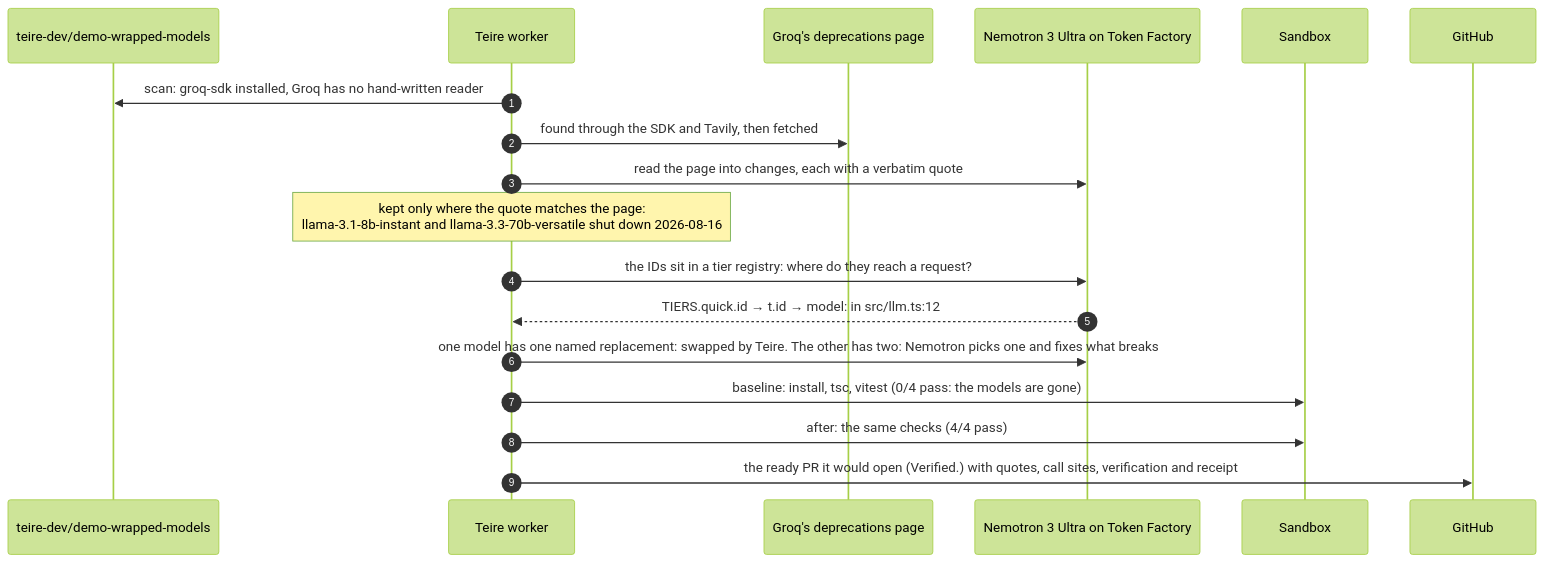
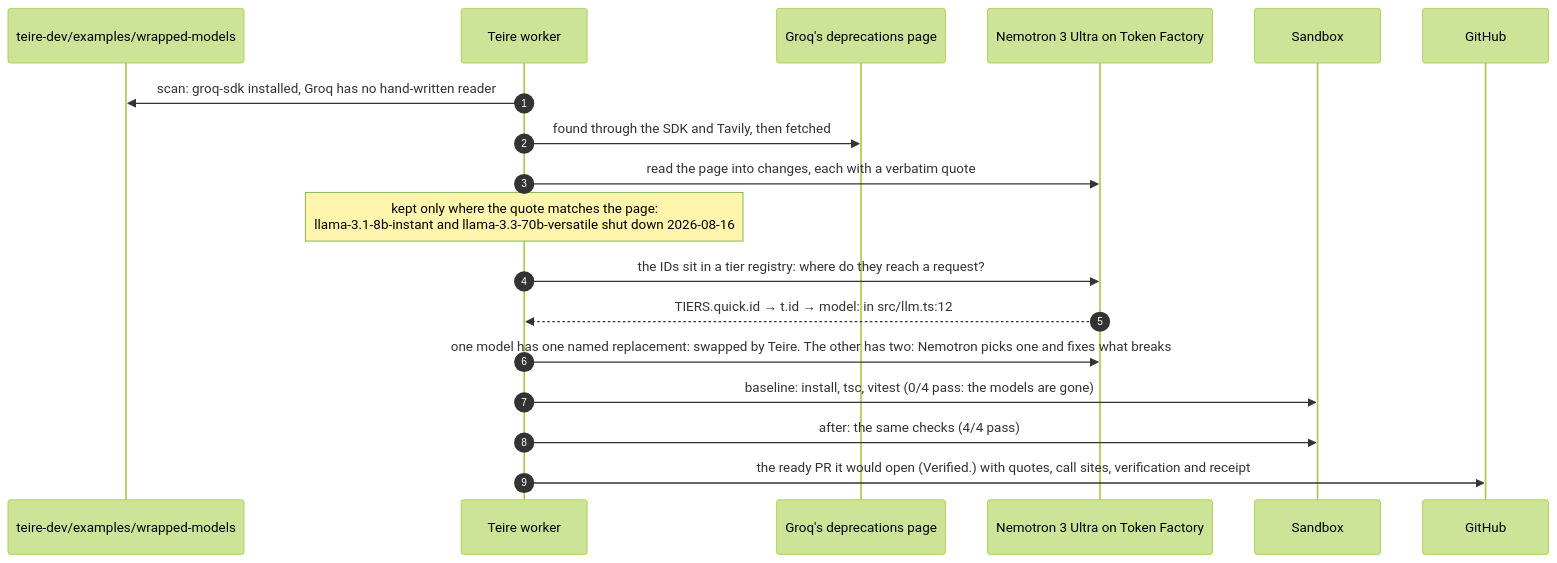
Before and after one commit to teire-dev/teire: the diagram in .github/diagrams/readme-model-retirement.mmd, drawn with Mermaid (forest theme). The commit also changed 16 other files, not shown here.

First line of the commit message:
The demo repos are folders of teire-dev/examples

```diff
--- a/.github/diagrams/readme-model-retirement.mmd
+++ b/.github/diagrams/readme-model-retirement.mmd
@@ -1,18 +1,18 @@
 sequenceDiagram
   autonumber
-  participant R as teire-dev/demo-wrapped-models
+  participant R as teire-dev/examples/wrapped-models
   participant T as Teire worker
   participant W as Groq's deprecations page
   participant N as Nemotron 3 Ultra on Token Factory
   participant S as Sandbox
   participant G as GitHub
   T->>R: scan: groq-sdk installed, Groq has no hand-written reader
   T->>W: found through the SDK and Tavily, then fetched
   T->>N: read the page into changes, each with a verbatim quote
   Note over T: kept only where the quote matches the page:<br/>llama-3.1-8b-instant and llama-3.3-70b-versatile shut down 2026-08-16
   T->>N: the IDs sit in a tier registry: where do they reach a request?
   N-->>T: TIERS.quick.id → t.id → model: in src/llm.ts:12
   T->>N: one model has one named replacement: swapped by Teire. The other has two: Nemotron picks one and fixes what breaks
   T->>S: baseline: install, tsc, vitest (0/4 pass: the models are gone)
   T->>S: after: the same checks (4/4 pass)
   T->>G: the ready PR it would open (Verified.) with quotes, call sites, verification and receipt
```
